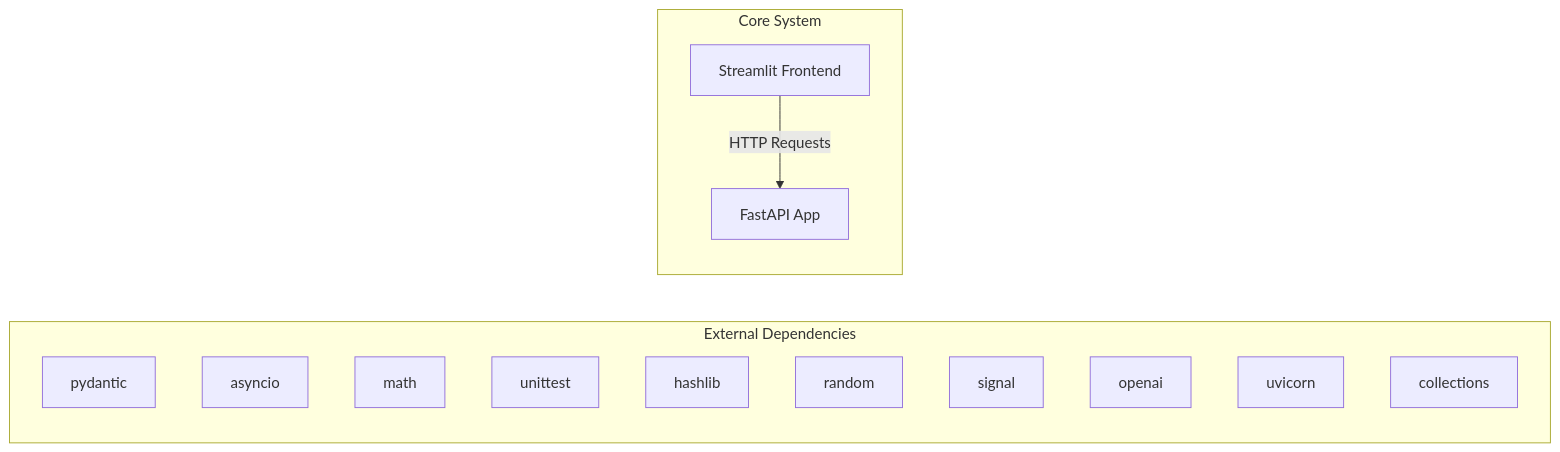
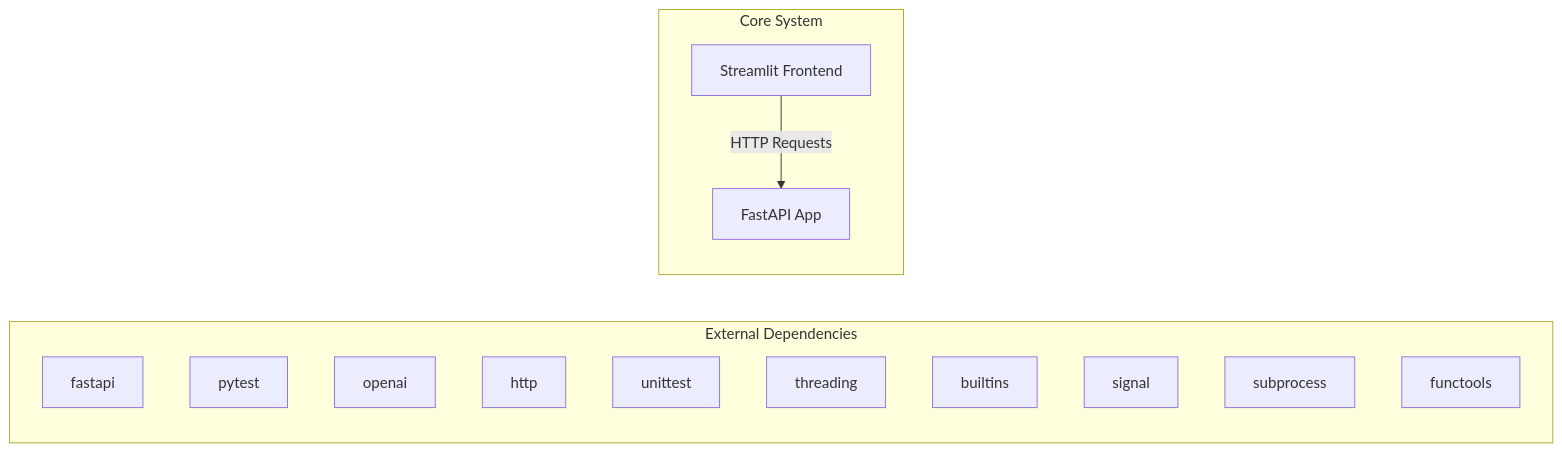
One commit to NITISH-R-G/rag-context-optimizer changed the first of 2 diagrams in docs/architecture.md. Above: the diagram before and after it, drawn with Mermaid. The commit also changed 1 other file, not shown here.

Commit message:
docs: auto-update repository knowledge, architecture diagrams, and documentation

````diff
--- a/docs/architecture.md
+++ b/docs/architecture.md
@@ -7,20 +7,20 @@
 ```mermaid
 graph LR
     subgraph External Dependencies
-        E0["pydantic"]
-        E1["asyncio"]
-        E2["math"]
-        E3["unittest"]
-        E4["hashlib"]
-        E5["random"]
-        E6["signal"]
-        E7["openai"]
-        E8["uvicorn"]
-        E9["collections"]
+        E0["fastapi"]
+        E1["pytest"]
+        E2["openai"]
+        E3["http"]
+        E4["unittest"]
+        E5["threading"]
+        E6["builtins"]
+        E7["signal"]
+        E8["subprocess"]
+        E9["functools"]
     end
     subgraph Core System
         API["FastAPI App"]
         UI["Streamlit Frontend"]
     end
     UI -->|HTTP Requests| API
 ```
````
